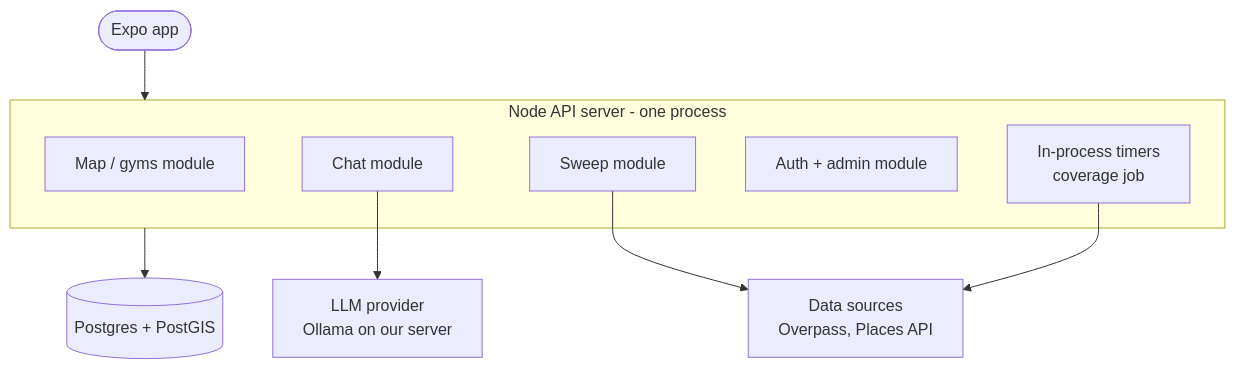
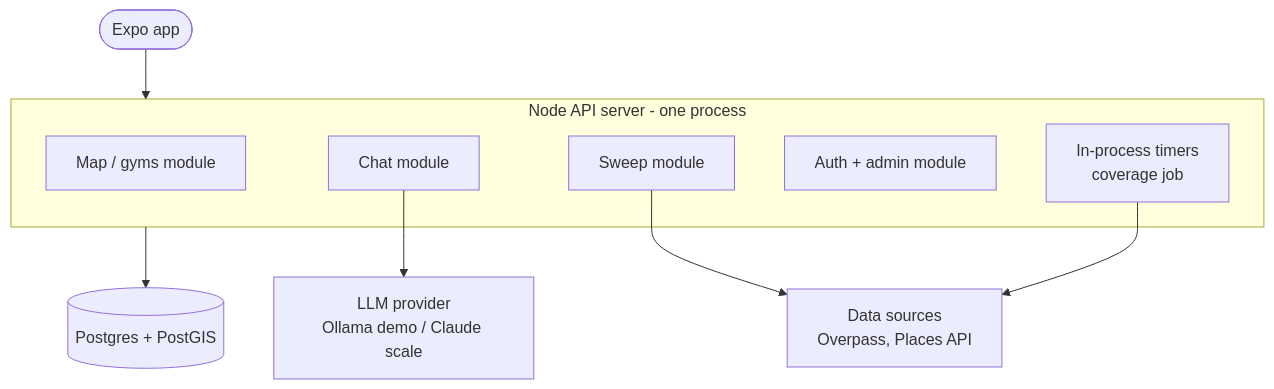
Before and after one commit to AbsentLung/TravelApp: the second of 19 diagrams in DESIGN_DISCUSSION.md, drawn with Mermaid. The commit also changed other lines of this file, not shown here.

First line of the commit message:
Add demo/scale modes to design discussion

````diff
--- a/DESIGN_DISCUSSION.md
+++ b/DESIGN_DISCUSSION.md
@@ -46,15 +46,15 @@
 ```mermaid
 flowchart TB
     App([Expo app]) --> API
     subgraph API[Node API server - one process]
         M[Map / gyms module]
         C[Chat module]
         S[Sweep module]
         A[Auth + admin module]
         J[In-process timers<br/>coverage job]
     end
     API --> PG[(Postgres + PostGIS)]
-    C --> LLM[LLM provider<br/>Ollama on our server]
+    C --> LLM[LLM provider<br/>Ollama demo / Claude scale]
     S --> SRC[Data sources<br/>Overpass, Places API]
     J --> SRC
 ```
````
